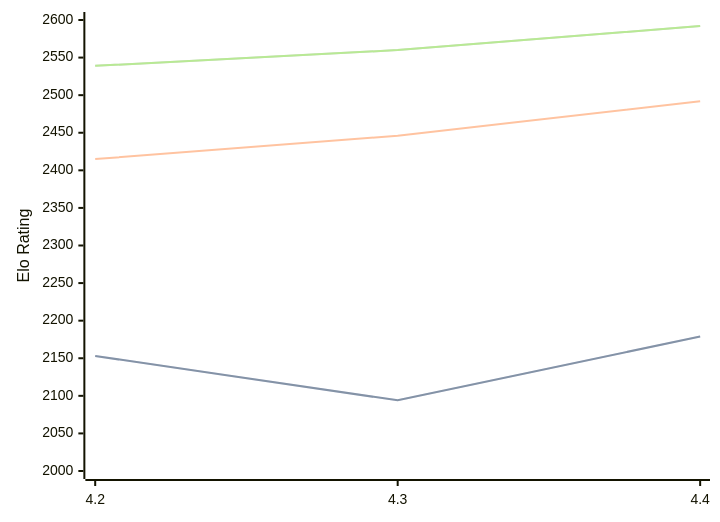
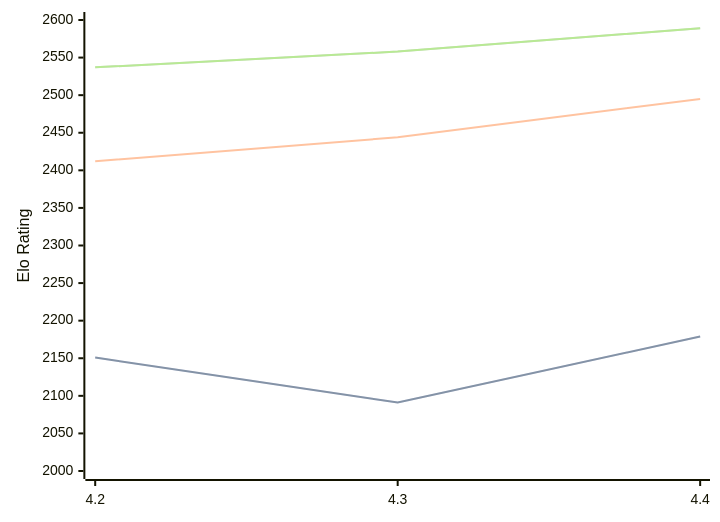
Before and after one commit to computer-chess-index/cci: the diagram in engines/Eubos.md, drawn with Mermaid. The commit also changed other lines of this file, not shown here.

Commit message:
Update CCI Ratings (ELO VLTC) - 2026-06-08

````diff
--- a/engines/Eubos.md
+++ b/engines/Eubos.md
@@ -89,11 +89,11 @@
 ```mermaid
 %%{init: {"theme":"base","themeVariables":{"seriesColors:['#a3a3a3','#222221','#faa371']}}}%%
 xychart-beta
   x-axis ["4.2", "4.3", "4.4"]
   y-axis "Elo Rating" 2000 --> 2600
-  line "STC (8.0+0.08s)" [2153, 2094, 2179]
-  line "STC (8.0+0.08s)" [2153, 2094, 2179]
-  line "LTC (60.0+0.60s)" [2415, 2446, 2492]
-  line "VLTC (2m24s+1.12s)" [2539, 2560, 2592]
-  line "VLTC (2m24s+1.12s)" [2539, 2560, 2592]
+  line "STC (8.0+0.08s)" [2151, 2091, 2179]
+  line "STC (8.0+0.08s)" [2151, 2091, 2179]
+  line "LTC (60.0+0.60s)" [2412, 2444, 2495]
+  line "VLTC (2m24s+1.12s)" [2537, 2558, 2589]
+  line "VLTC (2m24s+1.12s)" [2537, 2558, 2589]
 ```
````
